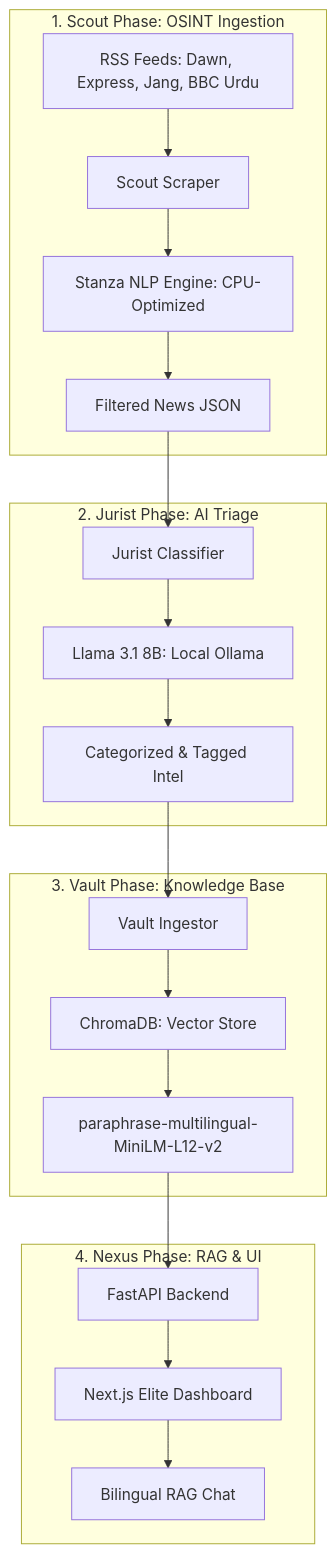
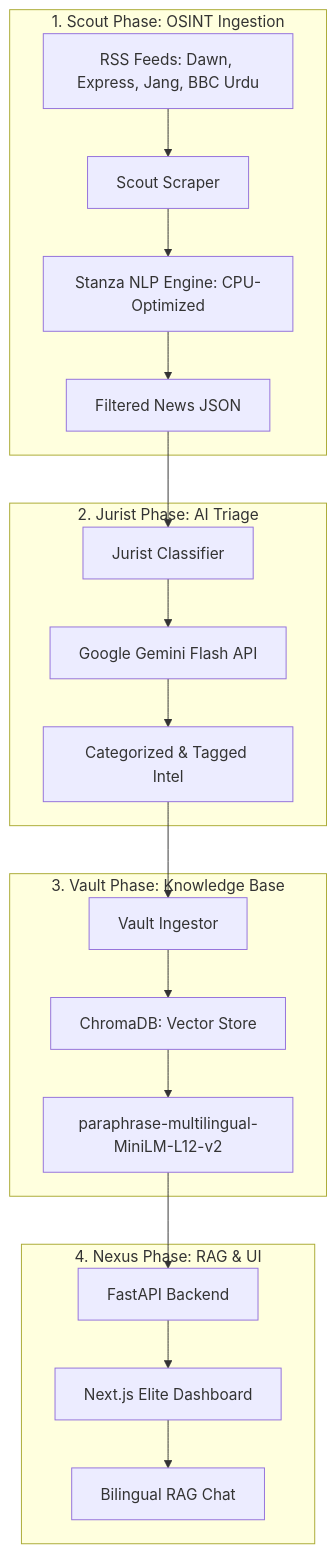
The diagram in README.md (AlgorithmicAhsan/VigilancePK), drawn with Mermaid before and after one commit. The commit also changed other lines of this file and 5 other files, not shown here.

````diff
--- a/README.md
+++ b/README.md
@@ -11,26 +11,26 @@
 ```mermaid
 graph TD
     subgraph Ingestion_Phase [1. Scout Phase: OSINT Ingestion]
         A[RSS Feeds: Dawn, Express, Jang, BBC Urdu] --> B[Scout Scraper]
         B --> C[Stanza NLP Engine: CPU-Optimized]
         C --> D[Filtered News JSON]
     end
 
     subgraph Intelligence_Phase [2. Jurist Phase: AI Triage]
         D --> E[Jurist Classifier]
-        E --> F[Llama 3.1 8B: Local Ollama]
+        E --> F[Google Gemini Flash API]
         F --> G[Categorized & Tagged Intel]
     end
 
     subgraph Storage_Phase [3. Vault Phase: Knowledge Base]
         G --> H[Vault Ingestor]
         H --> I[ChromaDB: Vector Store]
         I --> J[paraphrase-multilingual-MiniLM-L12-v2]
     end
 
     subgraph Presentation_Phase [4. Nexus Phase: RAG & UI]
         J --> K[FastAPI Backend]
         K --> L[Next.js Elite Dashboard]
         L --> M[Bilingual RAG Chat]
     end
 ```
````
